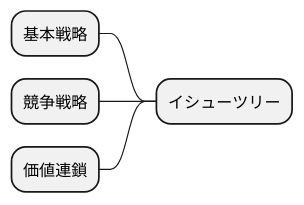
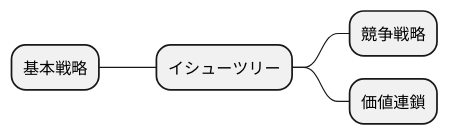
Diagram 11 of 16 in docs/case/r0X_case_X.adoc (k2works/case-sutudy-business-analysis), drawn with PlantUML before and after one commit. The commit also changed 1 other file, not shown here.

Commit message:
docs:R04 事例3

```diff
--- a/docs/case/r0X_case_X.adoc
+++ b/docs/case/r0X_case_X.adoc
@@ -216,12 +216,13 @@
 [plantuml]
 ----
 @startmindmap
 
 * イシューツリー
 left side
 ** 基本戦略
+right side
 ** 競争戦略
 ** 価値連鎖
 
 @endmindmap
 ----
```
